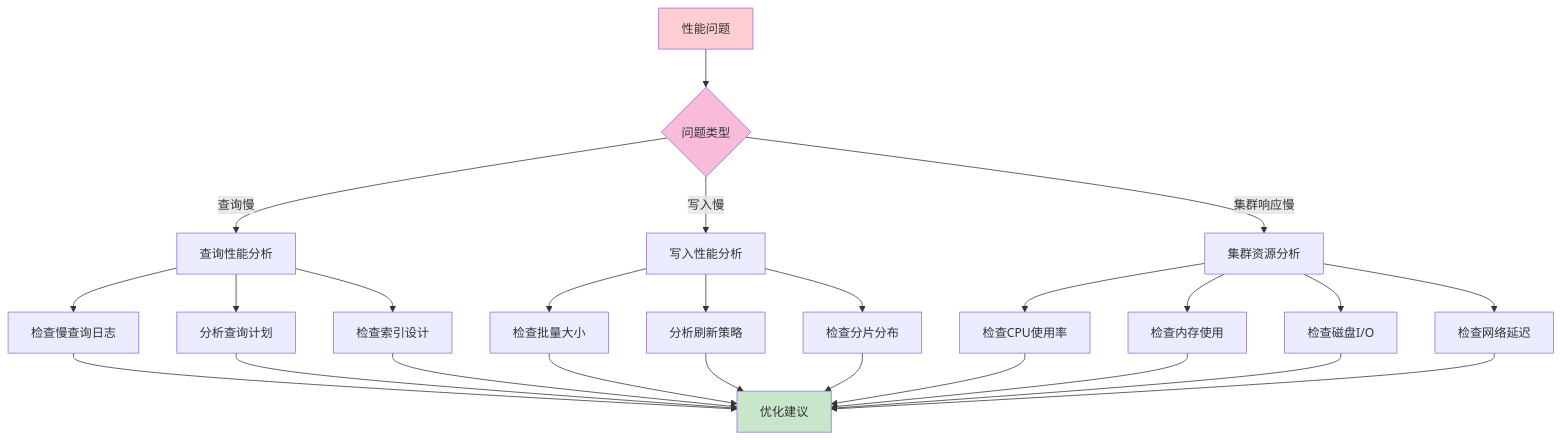
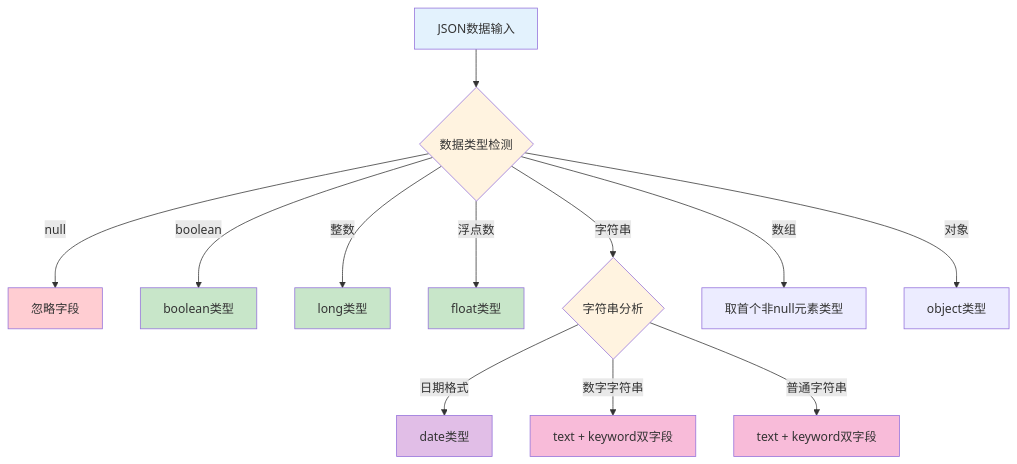
Before and after one commit to ralph-wren/TechStack-Handbook: diagram 19 of 30 in 32.elasticsearch.md, drawn with Mermaid. The commit also changed other lines of this file and 2 other files, not shown here.

````diff
--- a/32.elasticsearch.md
+++ b/32.elasticsearch.md
@@ -978,36 +958,27 @@
 ```mermaid
 graph TD
-    A["性能问题"] --> B{"问题类型"}
+    A["JSON数据输入"] --> B{"数据类型检测"}
     
-    B -->|查询慢| C["查询性能分析"]
-    B -->|写入慢| D["写入性能分析"]
-    B -->|集群响应慢| E["集群资源分析"]
+    B -->|null| C["忽略字段"]
+    B -->|boolean| D["boolean类型"]
+    B -->|整数| E["long类型"]
+    B -->|浮点数| F["float类型"]
+    B -->|字符串| G{"字符串分析"}
+    B -->|数组| H["取首个非null元素类型"]
+    B -->|对象| I["object类型"]
     
-    C --> C1["检查慢查询日志"]
-    C --> C2["分析查询计划"]
-    C --> C3["检查索引设计"]
+    G -->|日期格式| J["date类型"]
+    G -->|数字字符串| K["text + keyword双字段"]
+    G -->|普通字符串| L["text + keyword双字段"]
     
-    D --> D1["检查批量大小"]
-    D --> D2["分析刷新策略"]
-    D --> D3["检查分片分布"]
-    
-    E --> E1["检查CPU使用率"]
-    E --> E2["检查内存使用"]
-    E --> E3["检查磁盘I/O"]
-    E --> E4["检查网络延迟"]
-    
-    C1 --> F["优化建议"]
-    C2 --> F
-    C3 --> F
-    D1 --> F
-    D2 --> F
-    D3 --> F
-    E1 --> F
-    E2 --> F
-    E3 --> F
-    E4 --> F
-    
-    style A fill:#ffcdd2
-    style B fill:#f8bbd9
+    style A fill:#e3f2fd
+    style B fill:#fff3e0
+    style G fill:#fff3e0
+    style C fill:#ffcdd2
+    style D fill:#c8e6c9
+    style E fill:#c8e6c9
     style F fill:#c8e6c9
+    style J fill:#e1bee7
+    style K fill:#f8bbd9
+    style L fill:#f8bbd9
 ```
````
